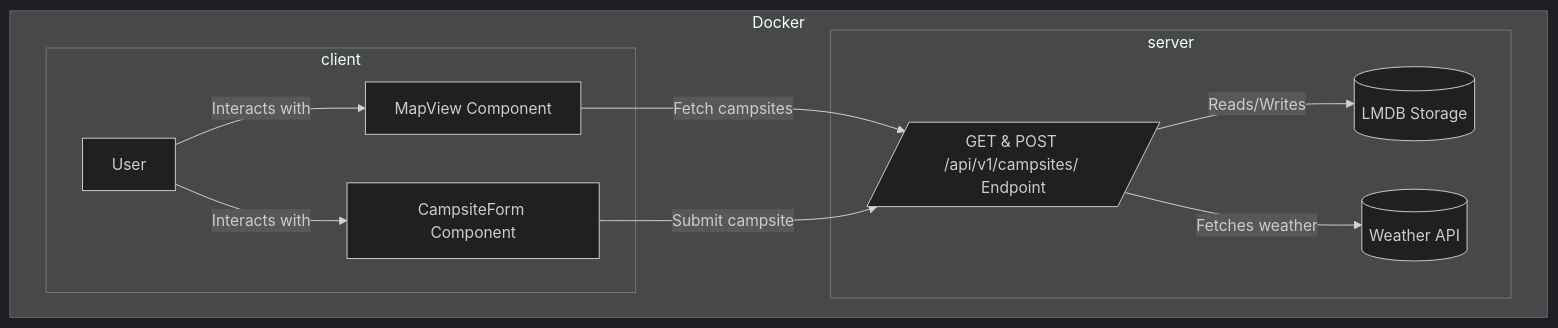
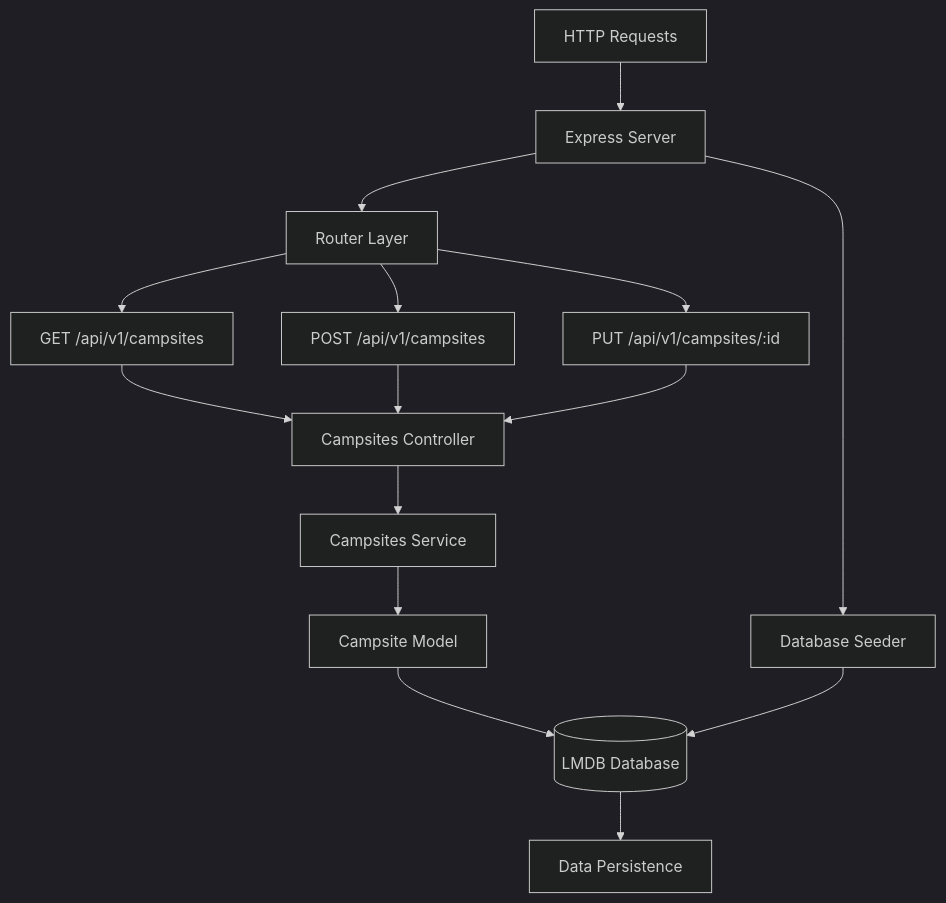
Before and after one commit to baileydunning/campsights: the second of 2 diagrams in README.md, drawn with Mermaid (dark theme). The commit also changed other lines of this file and 21 other files, not shown here.

First line of the commit message:
feat: edit campsites via PUT (#19)

````diff
--- a/README.md
+++ b/README.md
@@ -27,23 +73,22 @@
 ```mermaid
 flowchart TD
-  subgraph Docker
-    subgraph Client_Container [client]
-      A[User]
-      B[MapView Component]
-      C[CampsiteForm Component]
-    end
-
-    subgraph Server_Container [server]
-      D[/GET & POST /api/v1/campsites/ Endpoint/]
-      E[(LMDB Storage)]
-      F[(Weather API)]
-    end
-  end
-
-  A -->|Interacts with| B
-  A -->|Interacts with| C
-  B -->|Fetch campsites| D
-  C -->|Submit campsite| D
-  D -->|Reads/Writes| E
-  D -->|Fetches weather| F
+    A[HTTP Requests] --> B[Express Server]
+    B --> C[Router Layer]
+    
+    C --> D[GET /api/v1/campsites]
+    C --> E[POST /api/v1/campsites]
+    C --> F[PUT /api/v1/campsites/:id]
+    
+    D --> G[Campsites Controller]
+    E --> G
+    F --> G
+    
+    G --> H[Campsites Service]
+    H --> I[Campsite Model]
+    I --> J[(LMDB Database)]
+    
+    B --> K[Database Seeder]
+    K --> J
+    
+    J --> L[Data Persistence]
 ```
````
